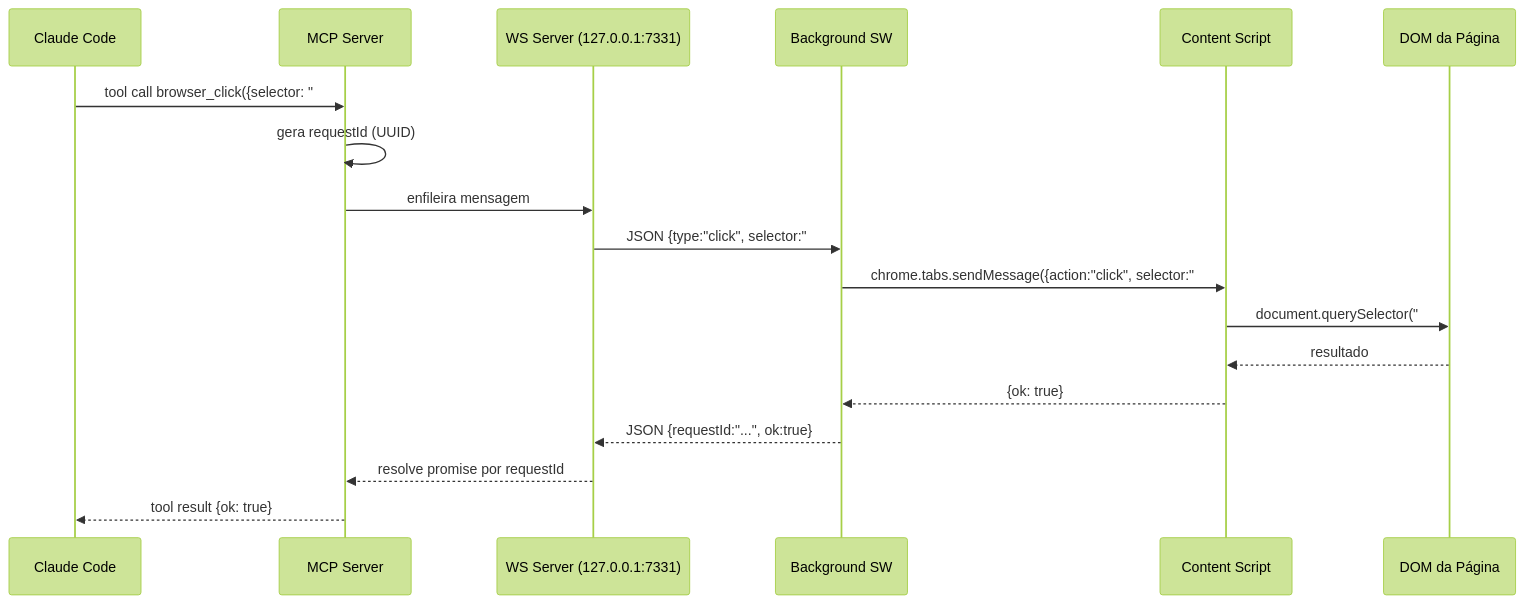
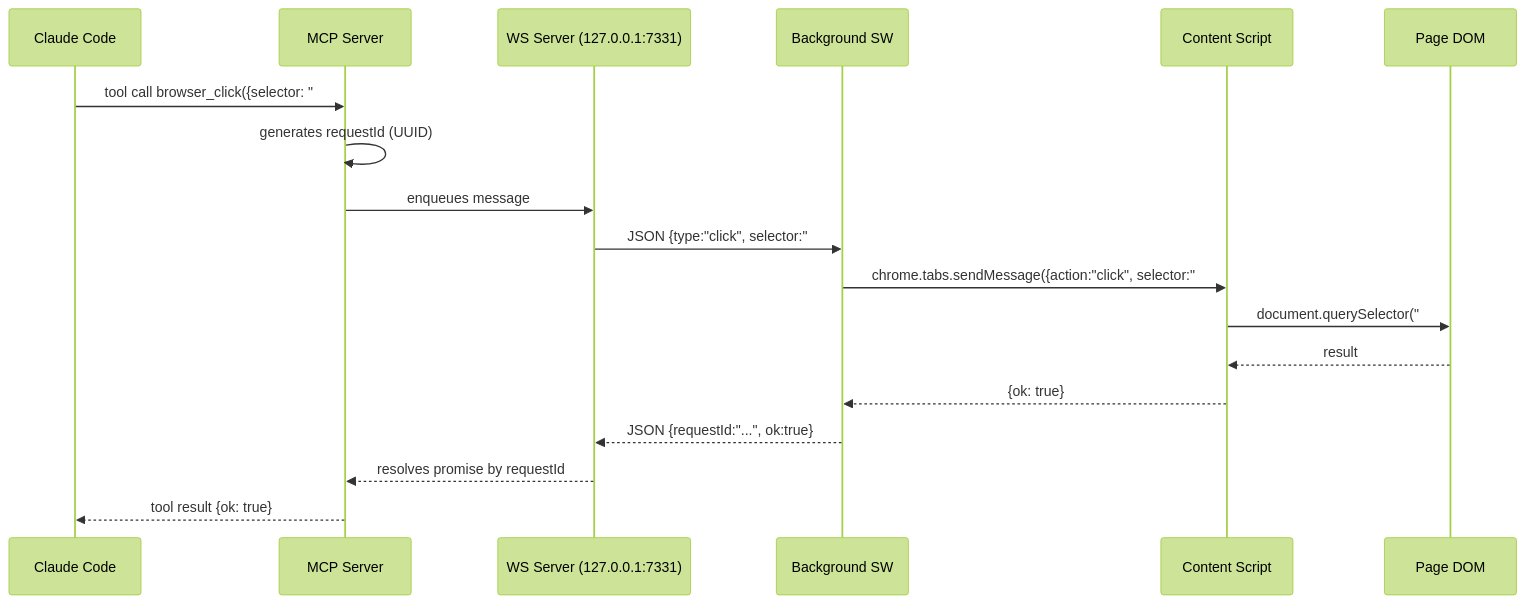
One commit to MarcosAlves90/go-beast changed the second of 4 diagrams in extensions/beast-control/docs/architecture/DIAGRAM.md. Above: the diagram before and after it, drawn with Mermaid (forest theme). The commit also changed other lines of this file and 29 other files, not shown here.

````diff
--- a/extensions/beast-control/docs/architecture/DIAGRAM.md
+++ b/extensions/beast-control/docs/architecture/DIAGRAM.md
@@ -47,21 +47,21 @@
 ```mermaid
 sequenceDiagram
     participant CC as Claude Code
     participant MCP as MCP Server
     participant WSS as WS Server (127.0.0.1:7331)
     participant BG as Background SW
     participant CS as Content Script
-    participant DOM as DOM da Página
+    participant DOM as Page DOM
 
     CC->>MCP: tool call browser_click({selector: "#btn"})
-    MCP->>MCP: gera requestId (UUID)
-    MCP->>WSS: enfileira mensagem
+    MCP->>MCP: generates requestId (UUID)
+    MCP->>WSS: enqueues message
     WSS->>BG: JSON {type:"click", selector:"#btn", requestId:"..."}
     BG->>CS: chrome.tabs.sendMessage({action:"click", selector:"#btn"})
     CS->>DOM: document.querySelector("#btn").click()
-    DOM-->>CS: resultado
+    DOM-->>CS: result
     CS-->>BG: {ok: true}
     BG-->>WSS: JSON {requestId:"...", ok:true}
-    WSS-->>MCP: resolve promise por requestId
+    WSS-->>MCP: resolves promise by requestId
     MCP-->>CC: tool result {ok: true}
 ```
````
